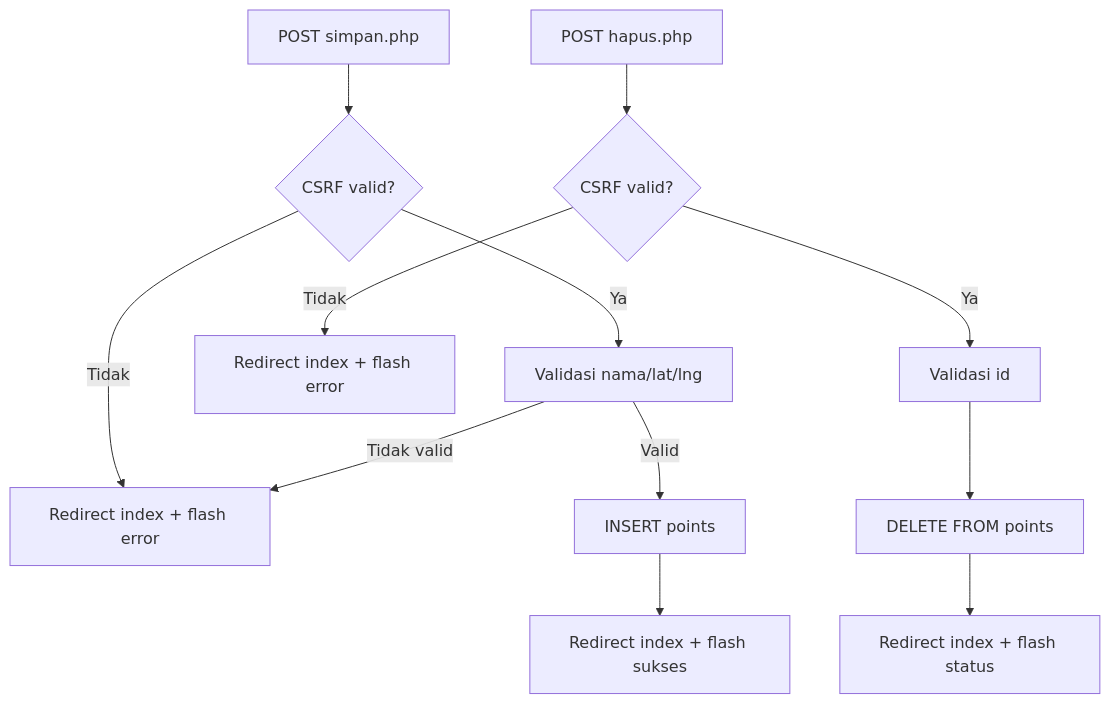
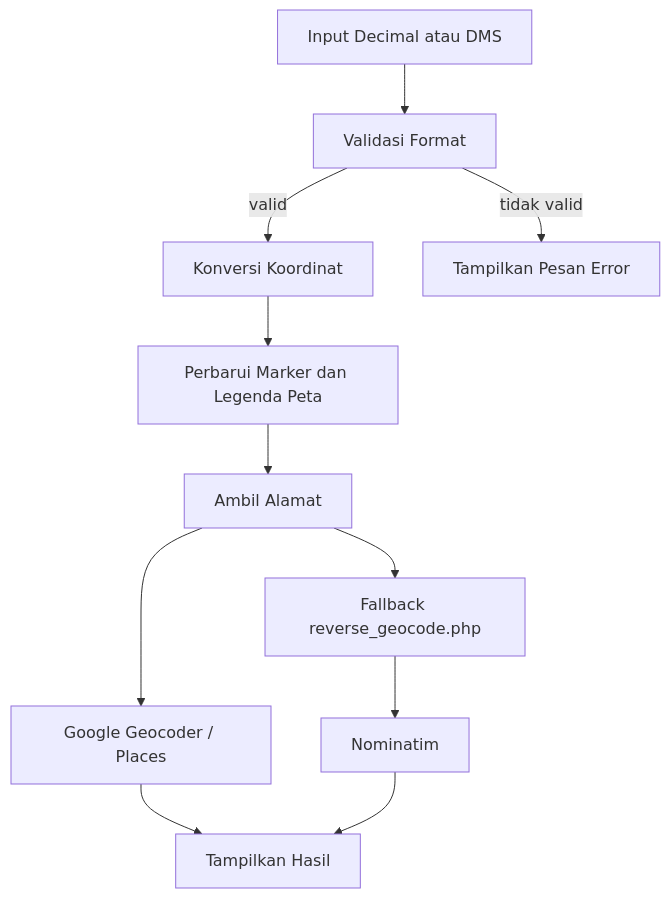
Before and after one commit to nanangpx0-hub/BedadungPoint: the second of 3 diagrams in docs/03-arsitektur-sistem.md, drawn with Mermaid. The commit also changed other lines of this file and 29 other files, not shown here.

````diff
--- a/docs/03-arsitektur-sistem.md
+++ b/docs/03-arsitektur-sistem.md
@@ -27,15 +19,13 @@
 ```mermaid
 flowchart TD
-    A[POST simpan.php] --> B{CSRF valid?}
-    B -- Tidak --> C[Redirect index + flash error]
-    B -- Ya --> D[Validasi nama/lat/lng]
-    D -- Valid --> E[INSERT points]
-    D -- Tidak valid --> C
-    E --> F[Redirect index + flash sukses]
-
-    G[POST hapus.php] --> H{CSRF valid?}
-    H -- Tidak --> I[Redirect index + flash error]
-    H -- Ya --> J[Validasi id]
-    J --> K[DELETE FROM points]
-    K --> L[Redirect index + flash status]
+    A[Input Decimal atau DMS] --> B[Validasi Format]
+    B -->|valid| C[Konversi Koordinat]
+    C --> D[Perbarui Marker dan Legenda Peta]
+    D --> E[Ambil Alamat]
+    E --> E1[Google Geocoder / Places]
+    E --> E2[Fallback reverse_geocode.php]
+    E2 --> E3[Nominatim]
+    E1 --> F[Tampilkan Hasil]
+    E3 --> F[Tampilkan Hasil]
+    B -->|tidak valid| X[Tampilkan Pesan Error]
 ```
````
